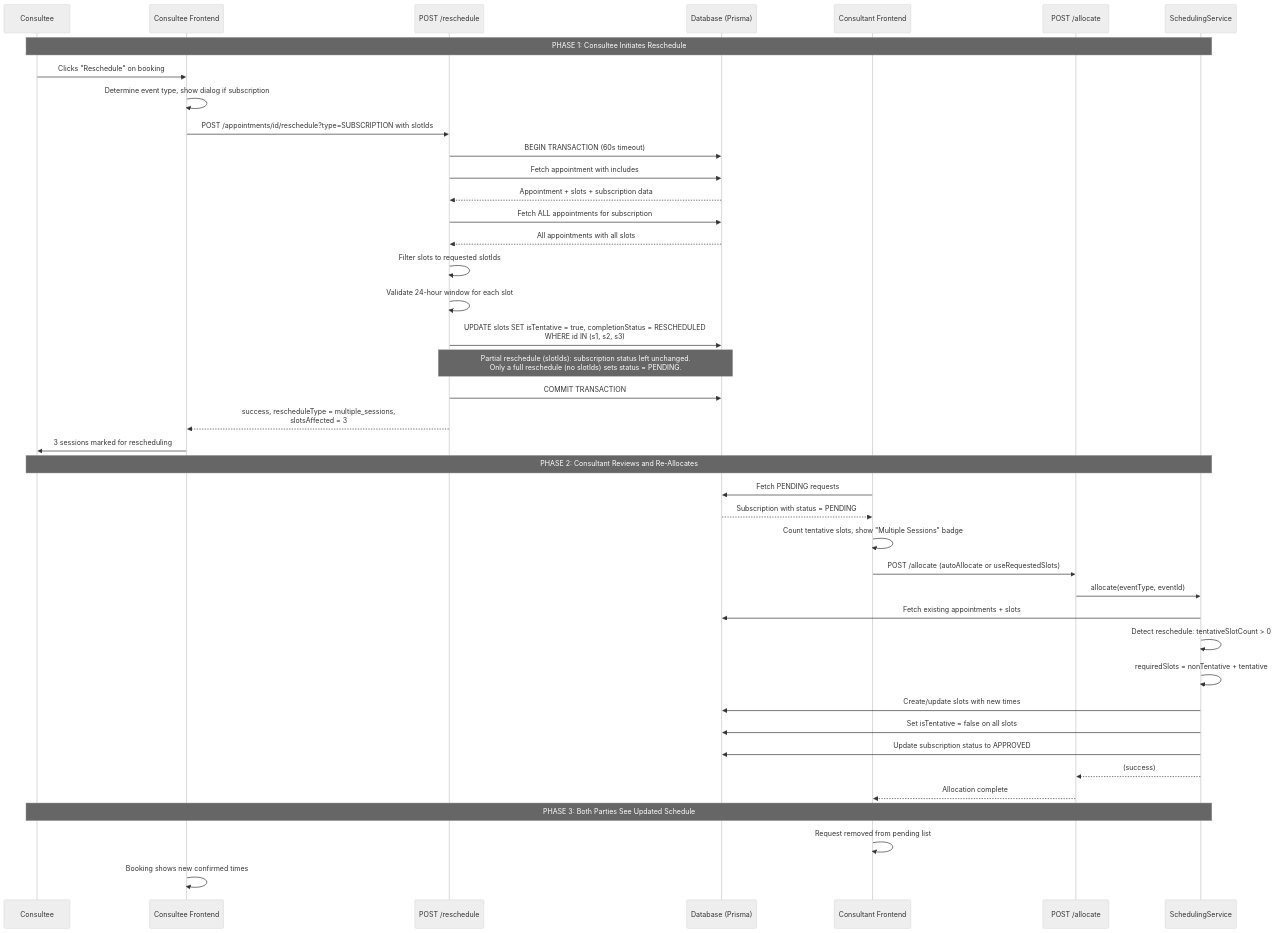
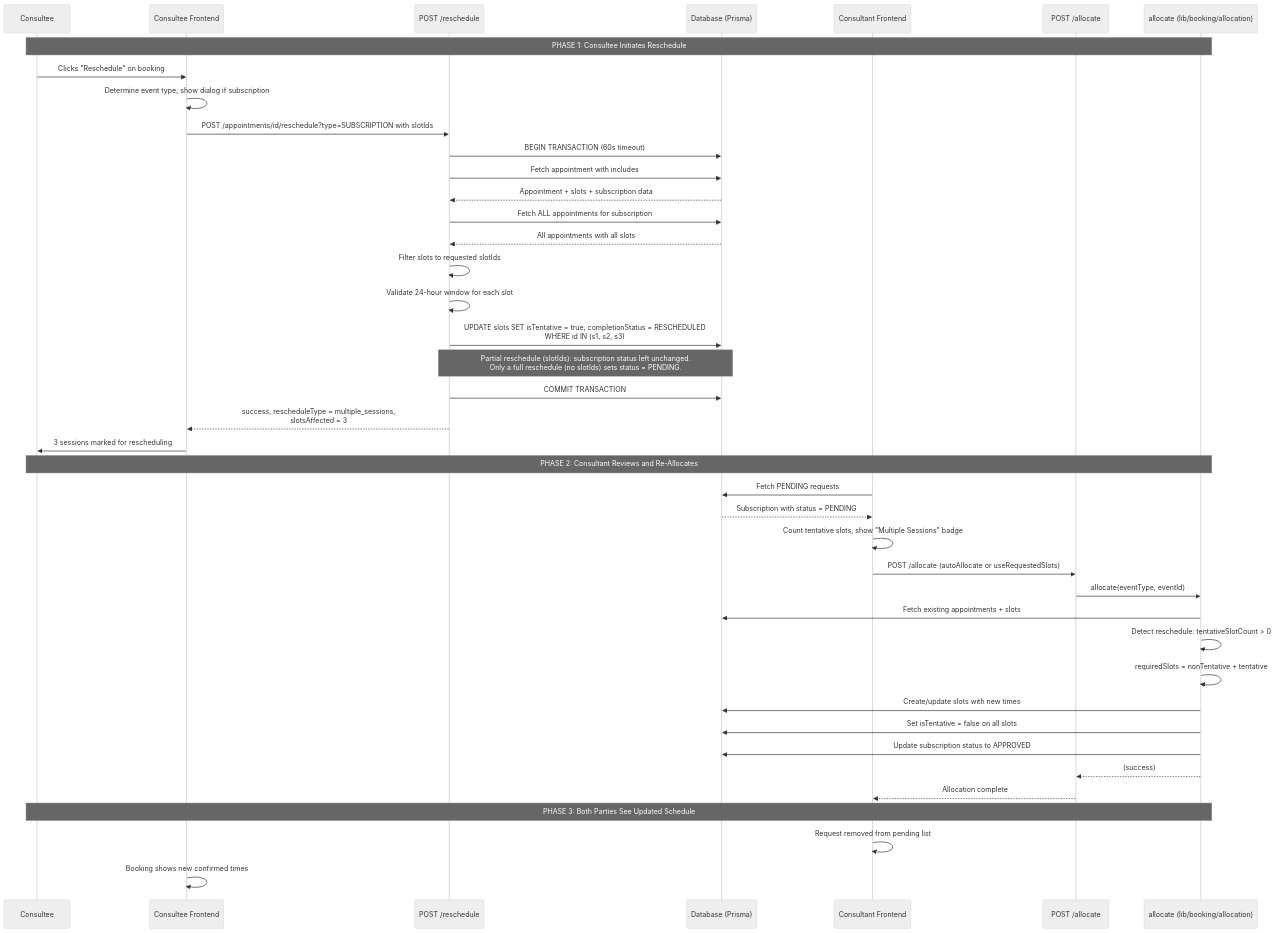
The fourth of 10 diagrams in docs/booking/07-rescheduling-flow.md (Practitionist/familiarise_web), drawn with Mermaid (neutral theme) before and after one commit. The commit also changed other lines of this file and 78 other files, not shown here.

First line of the commit message:
docs(booking,payments): the docs and comments follow the allocation and checkout module split

````diff
--- a/docs/booking/07-rescheduling-flow.md
+++ b/docs/booking/07-rescheduling-flow.md
@@ -353,60 +353,60 @@
 ```mermaid
 sequenceDiagram
     participant Consultee
     participant Frontend as Consultee Frontend
     participant RescheduleAPI as POST /reschedule
     participant DB as Database (Prisma)
     participant ConsultantUI as Consultant Frontend
     participant AllocateAPI as POST /allocate
-    participant SlotService as SchedulingService
+    participant SlotService as allocate (lib/booking/allocation)
 
     Note over Consultee,SlotService: PHASE 1: Consultee Initiates Reschedule
 
     Consultee->>Frontend: Clicks "Reschedule" on booking
     Frontend->>Frontend: Determine event type, show dialog if subscription
 
     Frontend->>RescheduleAPI: POST /appointments/id/reschedule?type=SUBSCRIPTION with slotIds
 
     RescheduleAPI->>DB: BEGIN TRANSACTION (60s timeout)
     RescheduleAPI->>DB: Fetch appointment with includes
     DB-->>RescheduleAPI: Appointment + slots + subscription data
 
     RescheduleAPI->>DB: Fetch ALL appointments for subscription
     DB-->>RescheduleAPI: All appointments with all slots
 
     RescheduleAPI->>RescheduleAPI: Filter slots to requested slotIds
     RescheduleAPI->>RescheduleAPI: Validate 24-hour window for each slot
 
     RescheduleAPI->>DB: UPDATE slots SET isTentative = true, completionStatus = RESCHEDULED<br/>WHERE id IN (s1, s2, s3)
     Note over RescheduleAPI,DB: Partial reschedule (slotIds): subscription status left unchanged.<br/>Only a full reschedule (no slotIds) sets status = PENDING.
     RescheduleAPI->>DB: COMMIT TRANSACTION
 
     RescheduleAPI-->>Frontend: success, rescheduleType = multiple_sessions,<br/>slotsAffected = 3
     Frontend->>Consultee: 3 sessions marked for rescheduling
 
     Note over Consultee,SlotService: PHASE 2: Consultant Reviews and Re-Allocates
 
     ConsultantUI->>DB: Fetch PENDING requests
     DB-->>ConsultantUI: Subscription with status = PENDING
 
     ConsultantUI->>ConsultantUI: Count tentative slots, show "Multiple Sessions" badge
 
     ConsultantUI->>AllocateAPI: POST /allocate (autoAllocate or useRequestedSlots)
     AllocateAPI->>SlotService: allocate(eventType, eventId)
 
     SlotService->>DB: Fetch existing appointments + slots
     SlotService->>SlotService: Detect reschedule: tentativeSlotCount > 0
     SlotService->>SlotService: requiredSlots = nonTentative + tentative
 
     SlotService->>DB: Create/update slots with new times
     SlotService->>DB: Set isTentative = false on all slots
     SlotService->>DB: Update subscription status to APPROVED
 
     SlotService-->>AllocateAPI: (success)
     AllocateAPI-->>ConsultantUI: Allocation complete
 
     Note over Consultee,SlotService: PHASE 3: Both Parties See Updated Schedule
 
     ConsultantUI->>ConsultantUI: Request removed from pending list
     Frontend->>Frontend: Booking shows new confirmed times
 ```
````
